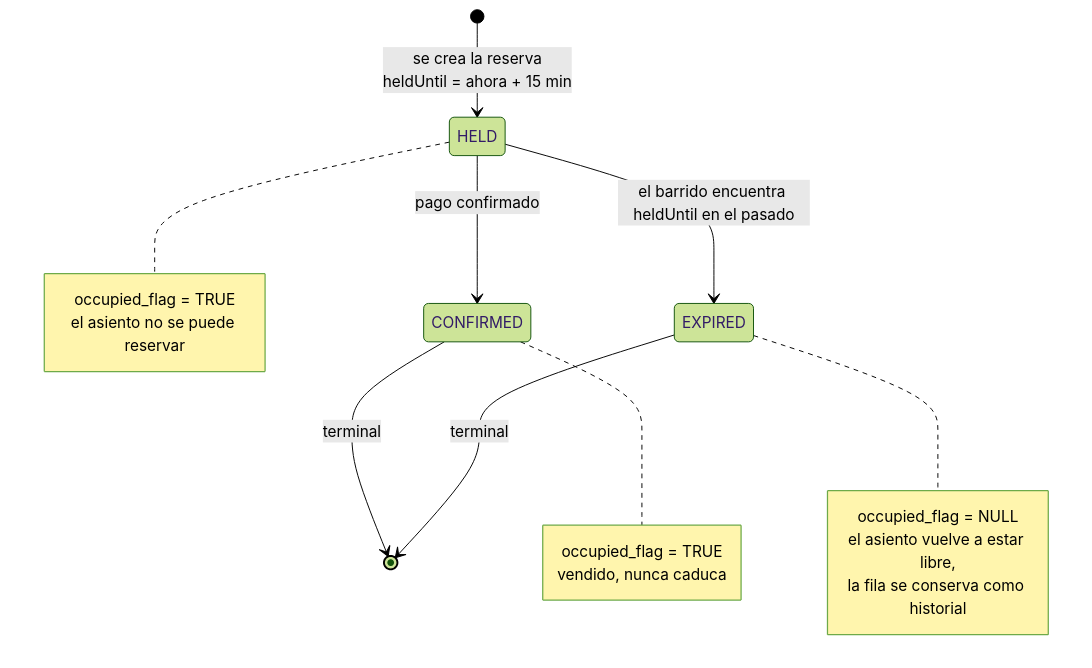
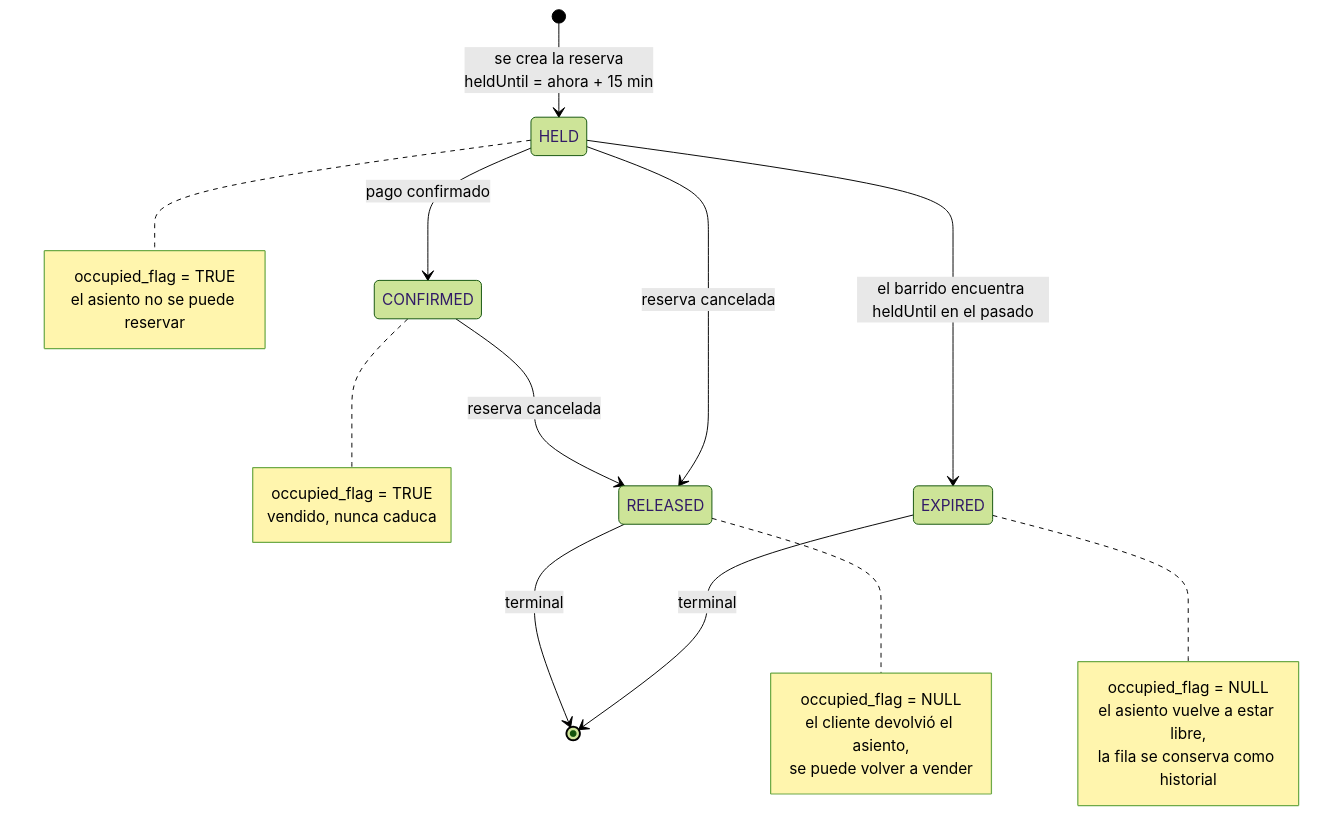
The third of 3 diagrams in README.es.md (Mek3/flight-booking-api), drawn with Mermaid (forest theme) before and after one commit. The commit also changed other lines of this file and 1 other file, not shown here.

Commit message:
docs: add RELEASED to the seat state diagram

````diff
--- a/README.es.md
+++ b/README.es.md
@@ -220,26 +220,34 @@
 ```mermaid
 stateDiagram-v2
     [*] --> HELD : se crea la reserva<br/>heldUntil = ahora + 15 min
 
     HELD --> CONFIRMED : pago confirmado
     HELD --> EXPIRED : el barrido encuentra heldUntil en el pasado
+    HELD --> RELEASED : reserva cancelada
+    CONFIRMED --> RELEASED : reserva cancelada
 
-    CONFIRMED --> [*] : terminal
     EXPIRED --> [*] : terminal
+    RELEASED --> [*] : terminal
 
     note right of HELD
         occupied_flag = TRUE
         el asiento no se puede reservar
     end note
 
     note right of CONFIRMED
         occupied_flag = TRUE
         vendido, nunca caduca
     end note
 
     note right of EXPIRED
         occupied_flag = NULL
         el asiento vuelve a estar libre,
         la fila se conserva como historial
     end note
+
+    note right of RELEASED
+        occupied_flag = NULL
+        el cliente devolvió el asiento,
+        se puede volver a vender
+    end note
 ```
````
